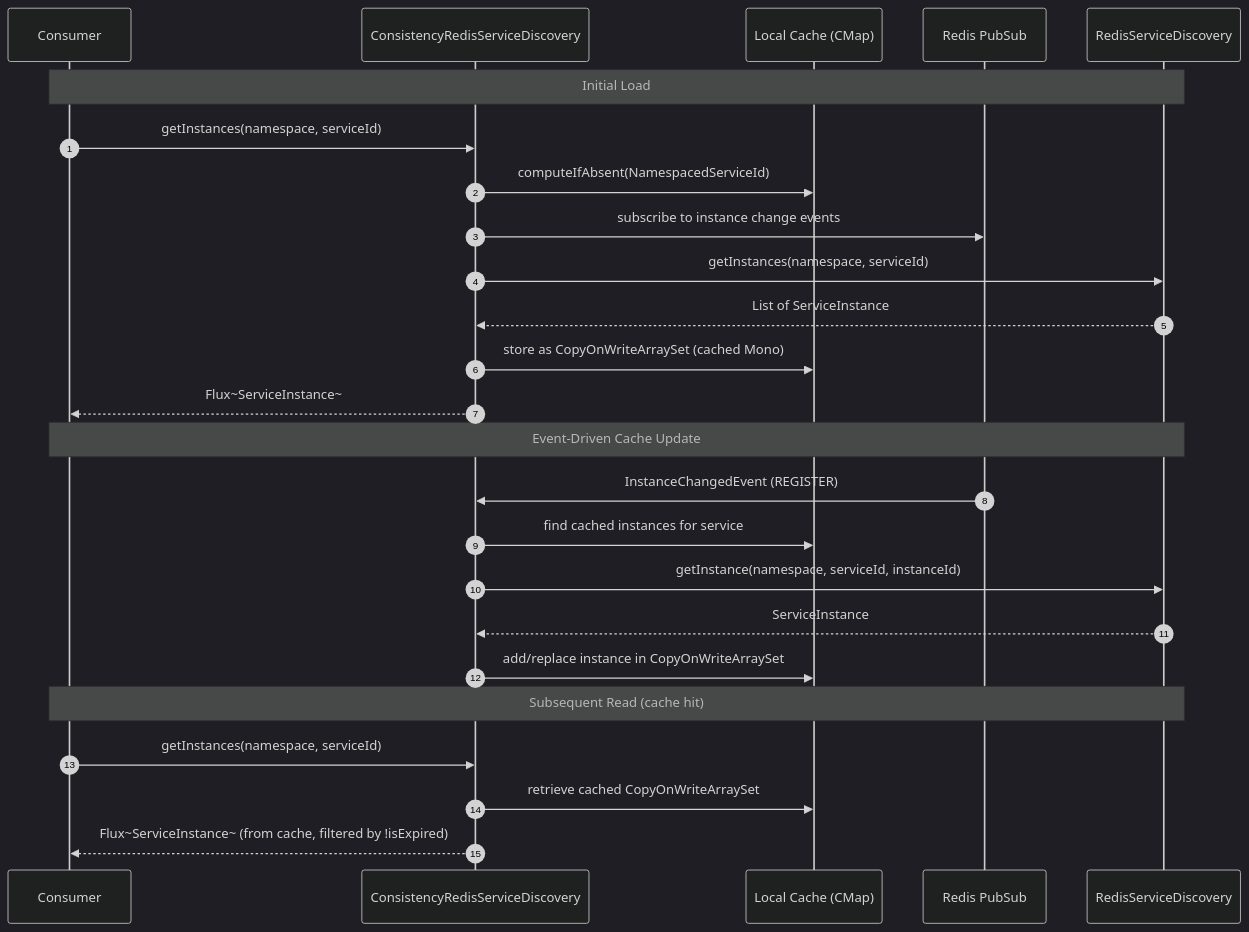
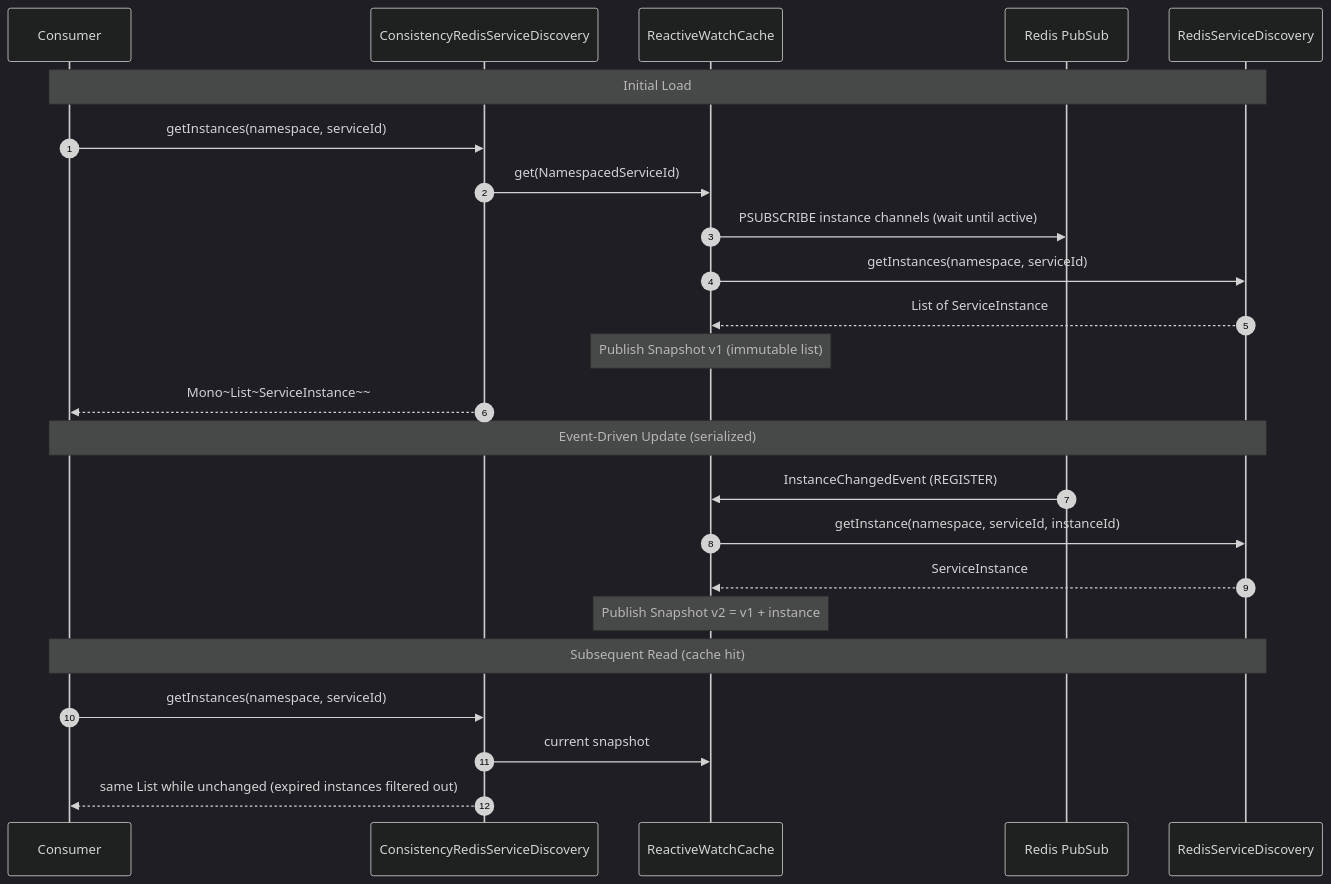
The second of 4 diagrams in wiki/guide/service-discovery.md (Ahoo-Wang/CoSky), drawn with Mermaid (dark theme) before and after one commit. The commit also changed other lines of this file and 201 other files, not shown here.

First line of the commit message:
Architecture & quality overhaul: consistent caches, Lua modularization, expiry reaping, security hardening (#985)

````diff
--- a/wiki/guide/service-discovery.md
+++ b/wiki/guide/service-discovery.md
@@ -120,30 +122,29 @@
 ```mermaid
 sequenceDiagram
     autonumber
     participant Client as Consumer
     participant CRSD as ConsistencyRedisServiceDiscovery
-    participant Cache as Local Cache (CMap)
+    participant Cache as ReactiveWatchCache
     participant PubSub as Redis PubSub
     participant Delegate as RedisServiceDiscovery
 
     Note over Client,Delegate: Initial Load
     Client->>CRSD: getInstances(namespace, serviceId)
-    CRSD->>Cache: computeIfAbsent(NamespacedServiceId)
-    CRSD->>PubSub: subscribe to instance change events
-    CRSD->>Delegate: getInstances(namespace, serviceId)
-    Delegate-->>CRSD: List of ServiceInstance
-    CRSD->>Cache: store as CopyOnWriteArraySet (cached Mono)
-    CRSD-->>Client: Flux~ServiceInstance~
+    CRSD->>Cache: get(NamespacedServiceId)
+    Cache->>PubSub: PSUBSCRIBE instance channels (wait until active)
+    Cache->>Delegate: getInstances(namespace, serviceId)
+    Delegate-->>Cache: List of ServiceInstance
+    Note over Cache: Publish Snapshot v1 (immutable list)
+    CRSD-->>Client: Mono~List~ServiceInstance~~
 
-    Note over Client,Delegate: Event-Driven Cache Update
-    PubSub->>CRSD: InstanceChangedEvent (REGISTER)
-    CRSD->>Cache: find cached instances for service
-    CRSD->>Delegate: getInstance(namespace, serviceId, instanceId)
-    Delegate-->>CRSD: ServiceInstance
-    CRSD->>Cache: add/replace instance in CopyOnWriteArraySet
+    Note over Client,Delegate: Event-Driven Update (serialized)
+    PubSub->>Cache: InstanceChangedEvent (REGISTER)
+    Cache->>Delegate: getInstance(namespace, serviceId, instanceId)
+    Delegate-->>Cache: ServiceInstance
+    Note over Cache: Publish Snapshot v2 = v1 + instance
 
     Note over Client,Delegate: Subsequent Read (cache hit)
     Client->>CRSD: getInstances(namespace, serviceId)
-    CRSD->>Cache: retrieve cached CopyOnWriteArraySet
-    CRSD-->>Client: Flux~ServiceInstance~ (from cache, filtered by !isExpired)
+    CRSD->>Cache: current snapshot
+    CRSD-->>Client: same List while unchanged (expired instances filtered out)
 ```
````
